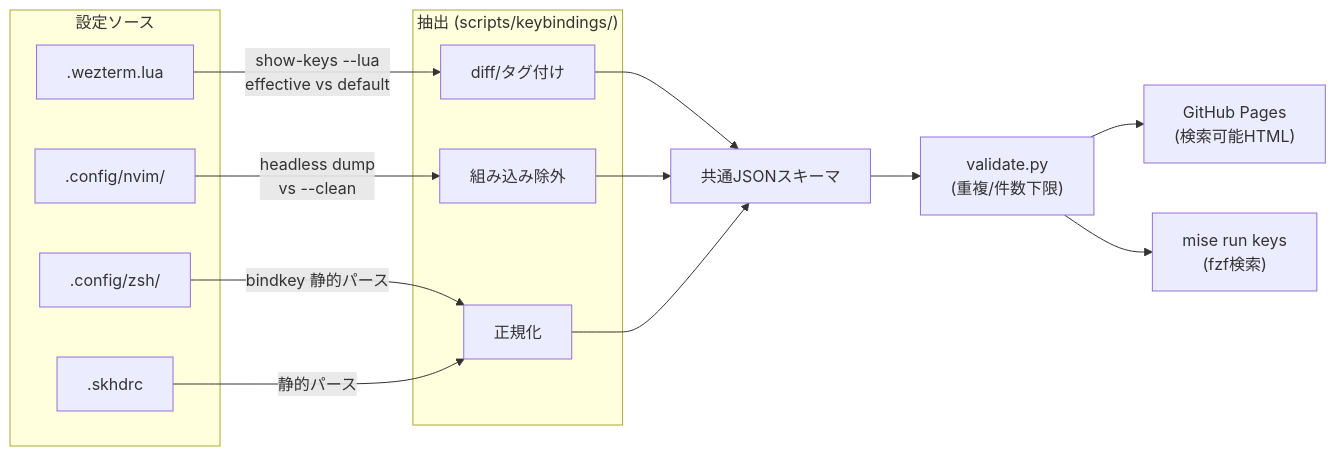
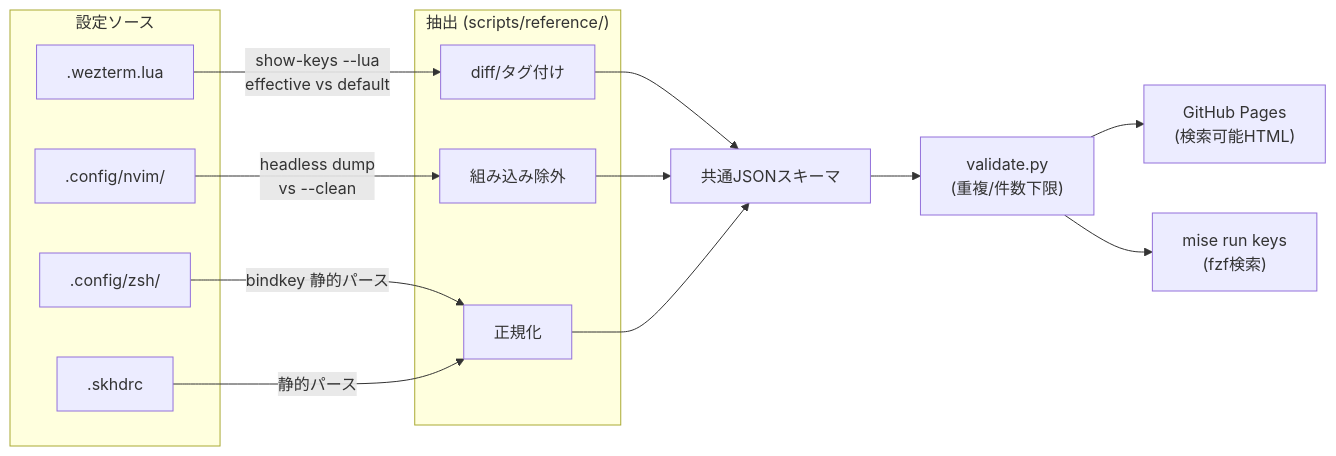
The eighth of 8 diagrams in docs/architecture.md (bigdra50/dotfiles), drawn with Mermaid before and after one commit. The commit also changed 43 other files, not shown here.

First line of the commit message:
♻️ refactor: generalize keybindings pipeline into a domain-agnostic reference renderer

````diff
--- a/docs/architecture.md
+++ b/docs/architecture.md
@@ -234,21 +234,21 @@
 ```mermaid
 flowchart LR
     subgraph sources["設定ソース"]
         wez[".wezterm.lua"]
         nvim[".config/nvim/"]
         zsh[".config/zsh/"]
         skhd[".skhdrc"]
     end
 
-    subgraph extract["抽出 (scripts/keybindings/)"]
+    subgraph extract["抽出 (scripts/reference/)"]
         wez -->|"show-keys --lua<br/>effective vs default"| diff1["diff/タグ付け"]
         nvim -->|"headless dump<br/>vs --clean"| diff2["組み込み除外"]
         zsh -->|"bindkey 静的パース"| norm["正規化"]
         skhd -->|"静的パース"| norm
     end
 
     diff1 & diff2 & norm --> json["共通JSONスキーマ"]
     json --> validate["validate.py<br/>(重複/件数下限)"]
     validate --> pages["GitHub Pages<br/>(検索可能HTML)"]
     validate --> fzf["mise run keys<br/>(fzf検索)"]
 ```
````
